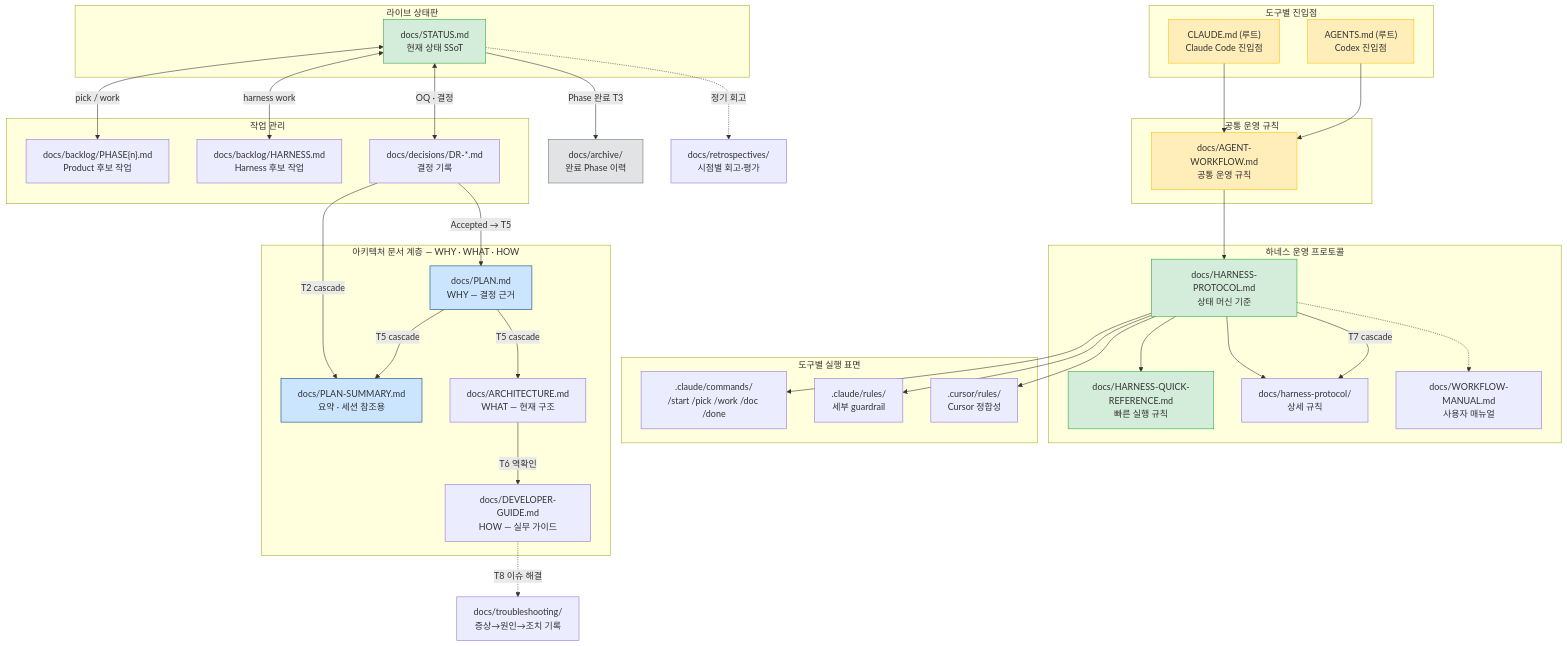
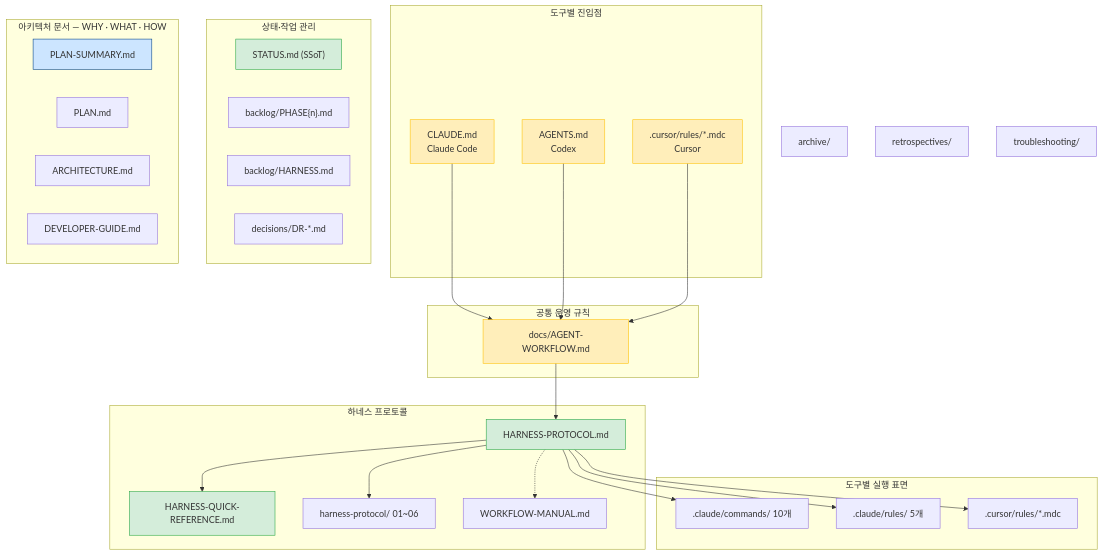
One commit to kyungseo/ai-workflow-harness changed the fourth of 13 diagrams in docs/WORKFLOW-MANUAL.md. Above: the diagram before and after it, drawn with Mermaid. The commit also changed other lines of this file, not shown here.

First line of the commit message:
docs: WORKFLOW-MANUAL.md 구조 재편, 다이어그램 개선 및 가독성 개선

````diff
--- a/docs/WORKFLOW-MANUAL.md
+++ b/docs/WORKFLOW-MANUAL.md
@@ -146,77 +174,63 @@
 ```mermaid
 graph TD
     subgraph ENTRY ["도구별 진입점"]
-        CR["CLAUDE.md (루트)\nClaude Code 진입점"]
-        AG["AGENTS.md (루트)\nCodex 진입점"]
+        CR["CLAUDE.md\nClaude Code"]
+        AG["AGENTS.md\nCodex"]
+        CU[".cursor/rules/*.mdc\nCursor"]
     end
 
     subgraph SHARED ["공통 운영 규칙"]
-        CD["docs/AGENT-WORKFLOW.md\n공통 운영 규칙"]
-        CR --> CD
-        AG --> CD
+        CD["docs/AGENT-WORKFLOW.md"]
     end
 
-    subgraph LIVE ["라이브 상태판"]
-        ST["docs/STATUS.md\n현재 상태 SSoT"]
-    end
-
-    subgraph WORK ["작업 관리"]
-        BL["docs/backlog/PHASE{n}.md\nProduct 후보 작업"]
-        HB["docs/backlog/HARNESS.md\nHarness 후보 작업"]
-        DR["docs/decisions/DR-*.md\n결정 기록"]
-    end
-
-    subgraph HPROTO ["하네스 운영 프로토콜"]
-        HP["docs/HARNESS-PROTOCOL.md\n상태 머신 기준"]
-        HQ["docs/HARNESS-QUICK-REFERENCE.md\n빠른 실행 규칙"]
-        HD["docs/harness-protocol/\n상세 규칙"]
-        WM["docs/WORKFLOW-MANUAL.md\n사용자 매뉴얼"]
+    subgraph HARNESS ["하네스 프로토콜"]
+        HP["HARNESS-PROTOCOL.md"]
+        HQ["HARNESS-QUICK-REFERENCE.md"]
+        HD["harness-protocol/ 01~06"]
+        WM["WORKFLOW-MANUAL.md"]
     end
 
     subgraph TOOLS ["도구별 실행 표면"]
-        CMD[".claude/commands/\n/start /pick /work /doc /done"]
-        RULE[".claude/rules/\n세부 guardrail"]
-        CUR[".cursor/rules/\nCursor 정합성"]
+        CMD[".claude/commands/ 10개"]
+        RULE[".claude/rules/ 5개"]
+        CUR_R[".cursor/rules/*.mdc"]
     end
 
-    subgraph ADOCS ["아키텍처 문서 계층 — WHY · WHAT · HOW"]
-        PS["docs/PLAN-SUMMARY.md\n요약 · 세션 참조용"]
-        PL["docs/PLAN.md\nWHY — 결정 근거"]
-        AR["docs/ARCHITECTURE.md\nWHAT — 현재 구조"]
-        DG["docs/DEVELOPER-GUIDE.md\nHOW — 실무 가이드"]
+    subgraph LIVE ["상태·작업 관리"]
+        ST["STATUS.md (SSoT)"]
+        BL["backlog/PHASE{n}.md"]
+        HB["backlog/HARNESS.md"]
+        DR_N["decisions/DR-*.md"]
     end
 
-    ARC["docs/archive/\n완료 Phase 이력"]
-    RETRO["docs/retrospectives/\n시점별 회고·평가"]
-    TROUBLE["docs/troubleshooting/\n증상→원인→조치 기록"]
+    subgraph ADOCS ["아키텍처 문서 — WHY · WHAT · HOW"]
+        PS["PLAN-SUMMARY.md"]
+        PL["PLAN.md"]
+        AR["ARCHITECTURE.md"]
+        DG["DEVELOPER-GUIDE.md"]
+    end
 
-    ST <-->|pick / work| BL
-    ST <-->|harness work| HB
+    ARC2["archive/"]
+    RETRO2["retrospectives/"]
+    TROUBLE2["troubleshooting/"]
+
+    CR --> CD
+    AG --> CD
+    CU --> CD
     CD --> HP
     HP --> HQ
     HP --> HD
-    HP -.-> WM
     HP --> CMD
     HP --> RULE
-    HP --> CUR
-    ST <-->|OQ · 결정| DR
-    DR -->|"Accepted → T5"| PL
-    DR -->|"T2 cascade"| PS
-    PL -->|"T5 cascade"| AR
-    PL -->|"T5 cascade"| PS
-    AR -->|"T6 역확인"| DG
-    HP -->|"T7 cascade"| HD
-    ST -->|"Phase 완료 T3"| ARC
-    ST -.->|"정기 회고"| RETRO
-    DG -.->|"T8 이슈 해결"| TROUBLE
+    HP --> CUR_R
+    HP -.-> WM
 
-    style ST fill:#d4edda,stroke:#28a745
     style CR fill:#ffeeba,stroke:#ffc107
     style AG fill:#ffeeba,stroke:#ffc107
+    style CU fill:#ffeeba,stroke:#ffc107
     style CD fill:#ffeeba,stroke:#ffc107
+    style ST fill:#d4edda,stroke:#28a745
     style HP fill:#d4edda,stroke:#28a745
     style HQ fill:#d4edda,stroke:#28a745
     style PS fill:#cce5ff,stroke:#004085
-    style PL fill:#cce5ff,stroke:#004085
-    style ARC fill:#e2e3e5,stroke:#6c757d
 ```
````
